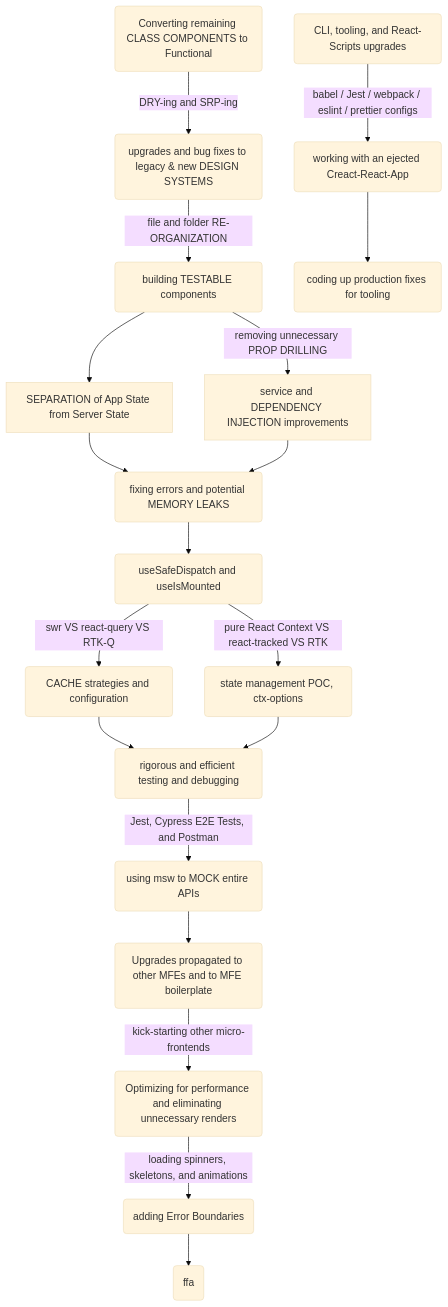
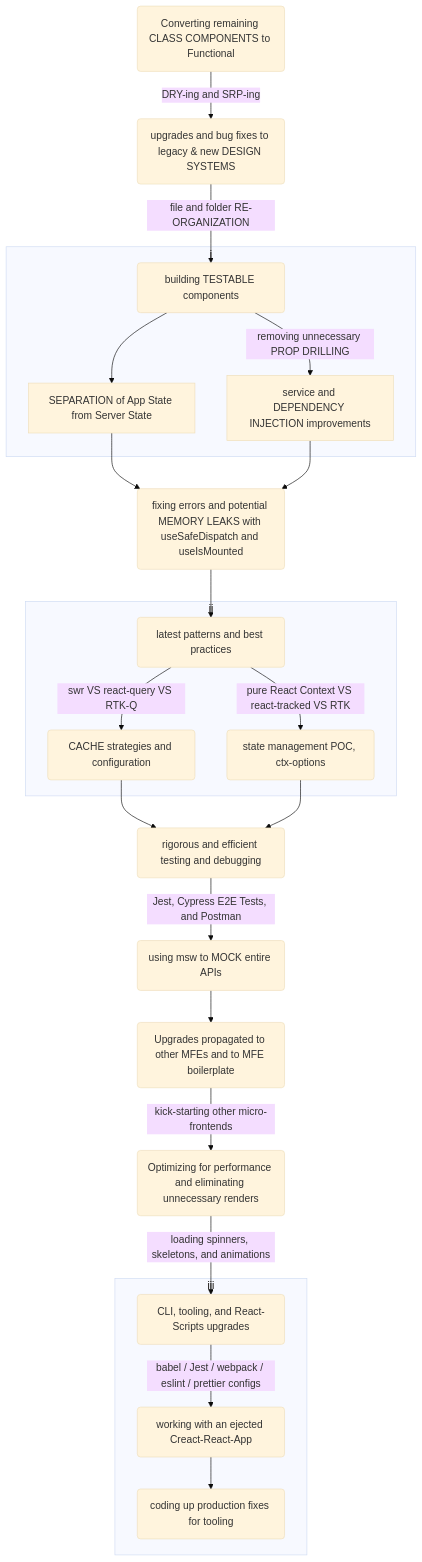
One commit to charlieargue/pan-code-samples changed the second of 2 diagrams in README.md. Above: the diagram before and after it, drawn with Mermaid (base theme). The commit also changed other lines of this file, not shown here.

````diff
--- a/README.md
+++ b/README.md
@@ -216,21 +171,35 @@
 ```mermaid
 graph TD
       A(Converting remaining CLASS COMPONENTS to Functional) --> |DRY-ing and SRP-ing|B(upgrades and bug fixes to legacy & new DESIGN SYSTEMS)
       B --> |file and folder RE-ORGANIZATION| C(building TESTABLE components)
       C --> D[SEPARATION of App State from Server State]
       C --> |removing unnecessary PROP DRILLING| E[service and DEPENDENCY INJECTION improvements]
-		  D --> F(fixing errors and potential MEMORY LEAKS)
+		  D --> F(fixing errors and potential MEMORY LEAKS with useSafeDispatch and useIsMounted)
 		  E --> F
-		  F --> G(useSafeDispatch and useIsMounted)
+		  F --> G(latest patterns and best practices)
 		  G --> |swr VS react-query VS RTK-Q| H(CACHE strategies and configuration)
 		  G --> |pure React Context VS react-tracked VS RTK| I(state management POC, ctx-options)
 		  H --> J(rigorous and efficient testing and debugging)
 		  I --> J
 		  J --> |Jest, Cypress E2E Tests, and Postman| K(using msw to MOCK entire APIs)
 		  K --> L(Upgrades propagated to other MFEs and to MFE boilerplate)
 		  L --> |kick-starting other micro-frontends| M(Optimizing for performance and eliminating unnecessary renders)
 		  M --> |loading spinners, skeletons, and animations| N(adding Error Boundaries)
-		  N --> O(ffa)
-		  V(CLI, tooling, and React-Scripts upgrades) --> |babel / Jest / webpack / eslint / prettier configs| W(working with an ejected Creact-React-App)
-		  W --> X(coding up production fixes for tooling)
+		  N(CLI, tooling, and React-Scripts upgrades) --> |babel / Jest / webpack / eslint / prettier configs| O(working with an ejected Creact-React-App)
+		  O --> P(coding up production fixes for tooling)
+		  subgraph i
+        C
+        D
+        E
+      end
+      subgraph ii
+        G
+        H
+        I
+      end
+      subgraph iii
+        N
+        O
+        P
+      end
 ```
````
